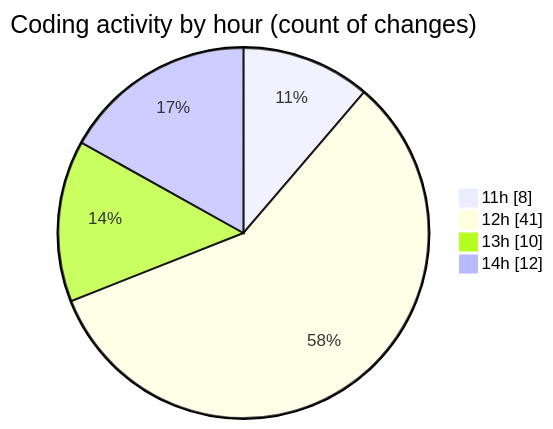
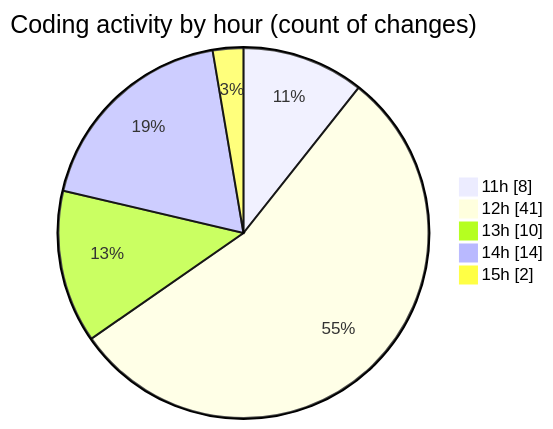
Before and after one commit to BS-eng2023/code-tracking: the second of 2 diagrams in 2025-05-04/project/README.md, drawn with Mermaid. The commit also changed other lines of this file and 1 other file, not shown here.

````diff
--- a/2025-05-04/project/README.md
+++ b/2025-05-04/project/README.md
@@ -49,8 +50,9 @@
 ```mermaid
 pie showData
 title Coding activity by hour (count of changes)
 "11h" : 8
 "12h" : 41
 "13h" : 10
-"14h" : 12
+"14h" : 14
+"15h" : 2
 ```
````
